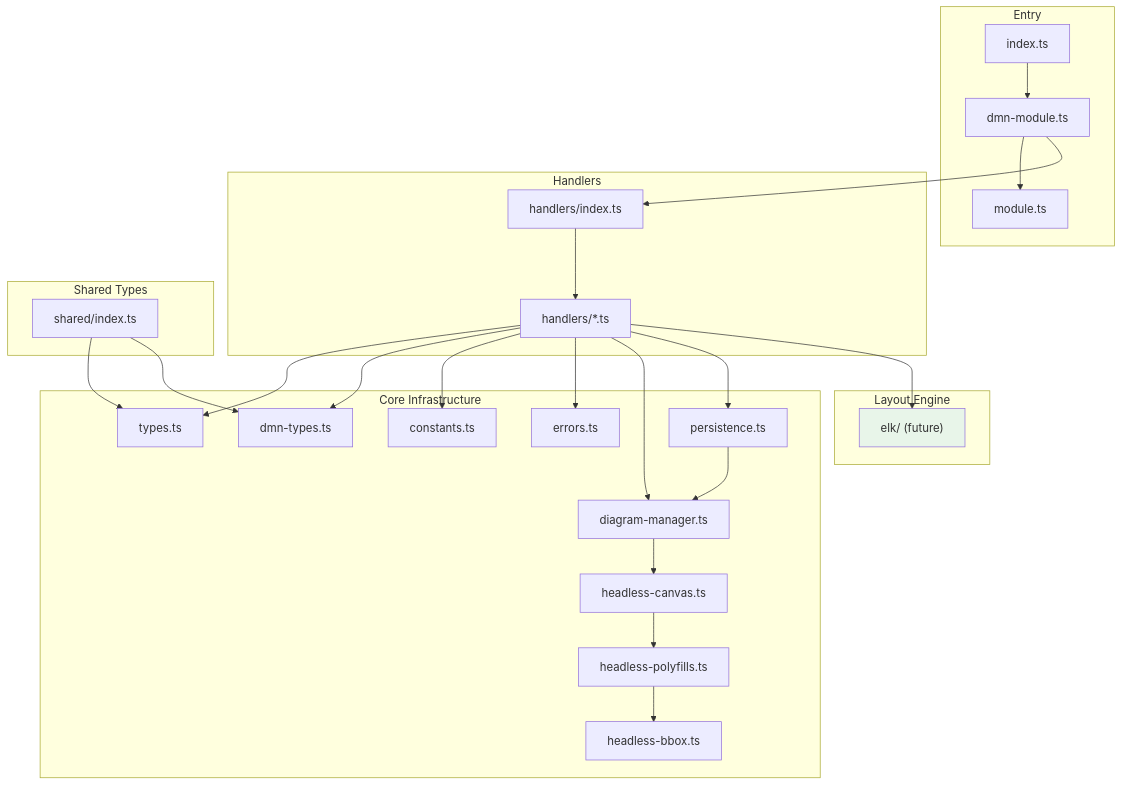
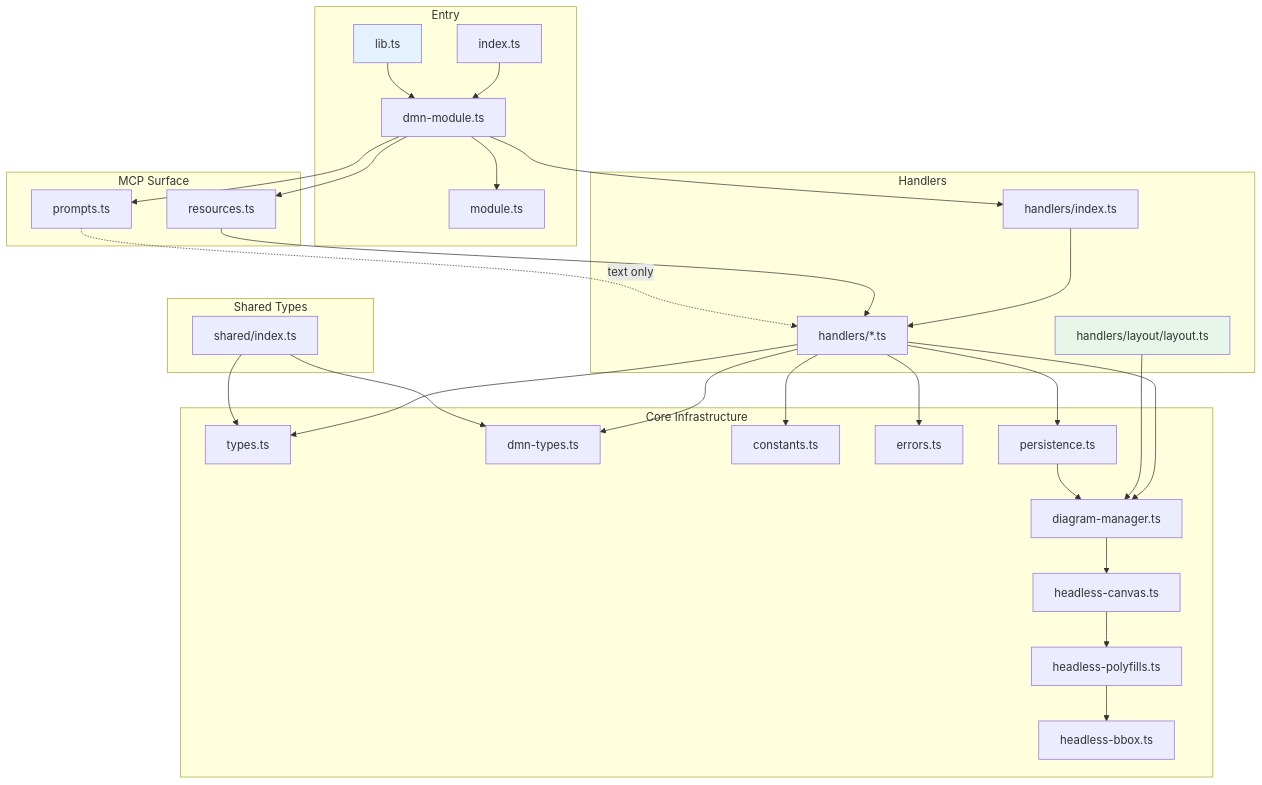
The diagram in docs/architecture.md (datakurre/dmn-js-mcp), drawn with Mermaid before and after one commit. The commit also changed other lines of this file and 2 other files, not shown here.

First line of the commit message:
docs: sync README, AGENTS.md and architecture with 18-tool reality

````diff
--- a/docs/architecture.md
+++ b/docs/architecture.md
@@ -9,57 +9,68 @@
 ```mermaid
 graph TD
     subgraph "Entry"
         index["index.ts"]
         dmnmod["dmn-module.ts"]
         mod["module.ts"]
+        lib["lib.ts"]
     end
 
     subgraph "Core Infrastructure"
         types["types.ts"]
         dmntypes["dmn-types.ts"]
         constants["constants.ts"]
         errors["errors.ts"]
         dm["diagram-manager.ts"]
         hc["headless-canvas.ts"]
         hp["headless-polyfills.ts"]
         hb["headless-bbox.ts"]
         persist["persistence.ts"]
     end
 
     subgraph "Handlers"
         hindex["handlers/index.ts"]
         handlers["handlers/*.ts"]
+        layout["handlers/layout/layout.ts"]
     end
 
-    subgraph "Layout Engine"
-        elk["elk/ (future)"]
+    subgraph "MCP Surface"
+        prompts["prompts.ts"]
+        resources["resources.ts"]
     end
 
     subgraph "Shared Types"
         shared["shared/index.ts"]
     end
 
     index --> dmnmod
     dmnmod --> mod
     dmnmod --> hindex
+    dmnmod --> prompts
+    dmnmod --> resources
+
+    lib --> dmnmod
 
     hindex --> handlers
     handlers --> types
     handlers --> dmntypes
     handlers --> constants
     handlers --> errors
     handlers --> dm
     handlers --> persist
-    handlers --> elk
+    layout --> dm
 
     dm --> hc
     hc --> hp
     hp --> hb
 
     persist --> dm
 
+    resources --> handlers
+    prompts -.-> |"text only"| handlers
+
     shared --> types
     shared --> dmntypes
 
-    style elk fill:#e8f5e9
+    style layout fill:#e8f5e9
+    style lib fill:#e3f2fd
 ```
````
